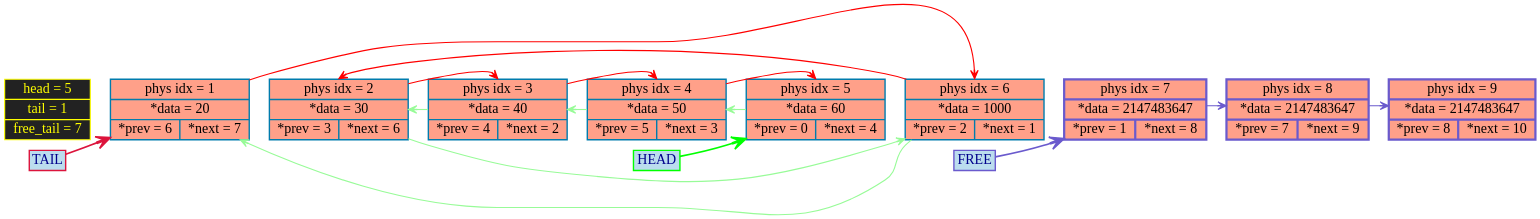
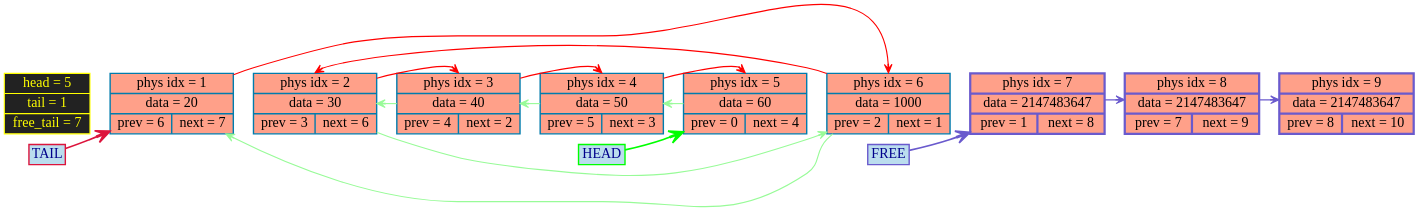
The diagram in graphDump.dot (timoko3/list), drawn with Graphviz before and after one commit. The commit also changed 13 other files, not shown here.

```diff
--- a/graphDump.dot
+++ b/graphDump.dot
@@ -1,34 +1,34 @@
 digraph G {
 rankdir=LR
 bgcolor="transparent"
 	node [shape=record, style="filled", fillcolor="#FFA089", fontcolor="black", color="#007CAD", penwidth=2.5, fontname="Tahoma", fontsize=25];
 
 edge [color="#2d714f", arrowsize=1, penwidth=5, arrowhead="vee", style="bold"];
 node0 [label="head = 5 | tail = 1 | free_tail = 7", shape=record, style="filled", fillcolor="#222222", fontcolor="yellow", color="yellow", penwidth=2];
-	node1 [label="phys idx = 1 | *data = 20 | {*prev = 6 | *next = 7} "];
-	node2 [label="phys idx = 2 | *data = 30 | {*prev = 3 | *next = 6} "];
-	node3 [label="phys idx = 3 | *data = 40 | {*prev = 4 | *next = 2} "];
-	node4 [label="phys idx = 4 | *data = 50 | {*prev = 5 | *next = 3} "];
-	node5 [label="phys idx = 5 | *data = 60 | {*prev = 0 | *next = 4} "];
-	node6 [label="phys idx = 6 | *data = 1000 | {*prev = 2 | *next = 1} "];
-	node7 [label="phys idx = 7 | *data = 2147483647 | {*prev = 1 | *next = 8} "];
-	node8 [label="phys idx = 8 | *data = 2147483647 | {*prev = 7 | *next = 9} "];
-	node9 [label="phys idx = 9 | *data = 2147483647 | {*prev = 8 | *next = 10} "];
+	node1 [label="phys idx = 1 | data = 20 | {prev = 6 | next = 7} "];
+	node2 [label="phys idx = 2 | data = 30 | {prev = 3 | next = 6} "];
+	node3 [label="phys idx = 3 | data = 40 | {prev = 4 | next = 2} "];
+	node4 [label="phys idx = 4 | data = 50 | {prev = 5 | next = 3} "];
+	node5 [label="phys idx = 5 | data = 60 | {prev = 0 | next = 4} "];
+	node6 [label="phys idx = 6 | data = 1000 | {prev = 2 | next = 1} "];
+	node7 [label="phys idx = 7 | data = 2147483647 | {prev = 1 | next = 8} "];
+	node8 [label="phys idx = 8 | data = 2147483647 | {prev = 7 | next = 9} "];
+	node9 [label="phys idx = 9 | data = 2147483647 | {prev = 8 | next = 10} "];
 
 head_label      [shape=box, label="HEAD", style="filled", fillcolor="#BBDDEE", color="lime", fontcolor="darkblue"];
 tail_label      [shape=box, label="TAIL", style="filled", fillcolor="#BBDDEE", color="#DC143C",   fontcolor="darkblue"];
 free_head_label [shape=box, label="FREE", style="filled", fillcolor="#BBDDEE", color="#6A5ACD",   fontcolor="darkblue"];
 head_label      -> node5 [color="lime", arrowsize=2.5, penwidth=3];
 tail_label      -> node1 [color="#DC143C"  , arrowsize=2.5, penwidth=3];
 free_head_label -> node7 [color="#6A5ACD"  , arrowsize=2.5, penwidth=3];
 node0 -> node1[style=invis, weight = 100000]	node1 -> node2 -> node3 -> node4 -> node5 -> node6 -> node7 -> node8 -> node9[style=invis, weight=1000000];
 	node5 -> node4 -> node3 -> node2 -> node6 -> node1[color="#98FB98", arrowsize=1.5, penwidth=2, weight=100000];
 
 	node7 -> node8 -> node9[color="#6A5ACD", arrowsize=1.5, penwidth=2, weight=100000];
 
 	node7[color = "#6A5ACD", penwidth=4];
 	node8[color = "#6A5ACD", penwidth=4];
 	node9[color = "#6A5ACD", penwidth=4];
 node1 -> node6 -> node2 -> node3 -> node4 -> node5[color="red", arrowsize=1.5, penwidth=2, weight=100000, headport=n];
 
 }
```
